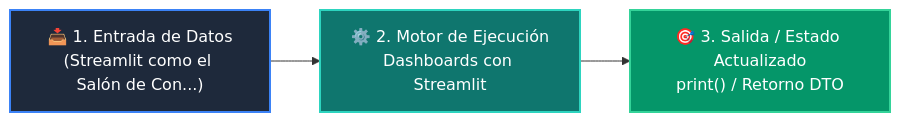
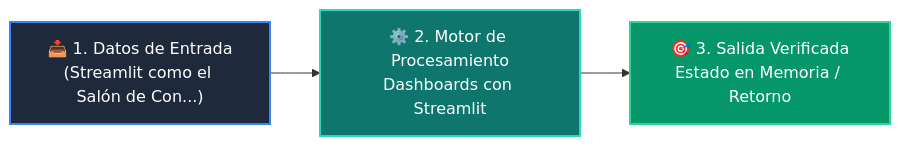
One commit to wisrovi/wisrovi-python changed the diagram in 04-proyecto-final/clase-04-frontend-streamlit/README.md. Above: the diagram before and after it, drawn with Mermaid. The commit also changed other lines of this file and 226 other files, not shown here.

Commit message:
docs: elevate all repository READMEs to world-class mastery standard with rich pedagogical architecture, custom Mermaids, and professional styling

````diff
--- a/04-proyecto-final/clase-04-frontend-streamlit/README.md
+++ b/04-proyecto-final/clase-04-frontend-streamlit/README.md
@@ -12,9 +26,9 @@
 ```mermaid
 flowchart LR
-    A["📥 1. Entrada de Datos<br/>(Streamlit como el Salón de Con...)"] --> B["⚙️ 2. Motor de Ejecución<br/>Dashboards con Streamlit"]
-    B --> C["🎯 3. Salida / Estado Actualizado<br/>print() / Retorno DTO"]
+    IN["📥 1. Datos de Entrada<br/>(Streamlit como el Salón de Con...)"] --> ENG["⚙️ 2. Motor de Procesamiento<br/>Dashboards con Streamlit"]
+    ENG --> OUT["🎯 3. Salida Verificada<br/>Estado en Memoria / Retorno"]
 
-    style A fill:#1e293b,color:#ffffff,stroke:#3b82f6,stroke-width:2px
-    style B fill:#0f766e,color:#ffffff,stroke:#2dd4bf,stroke-width:2px
-    style C fill:#059669,color:#ffffff,stroke:#34d399,stroke-width:2px
+    style IN fill:#1e293b,color:#ffffff,stroke:#3b82f6,stroke-width:2px
+    style ENG fill:#0f766e,color:#ffffff,stroke:#2dd4bf,stroke-width:2px
+    style OUT fill:#059669,color:#ffffff,stroke:#34d399,stroke-width:2px
 ```
````
